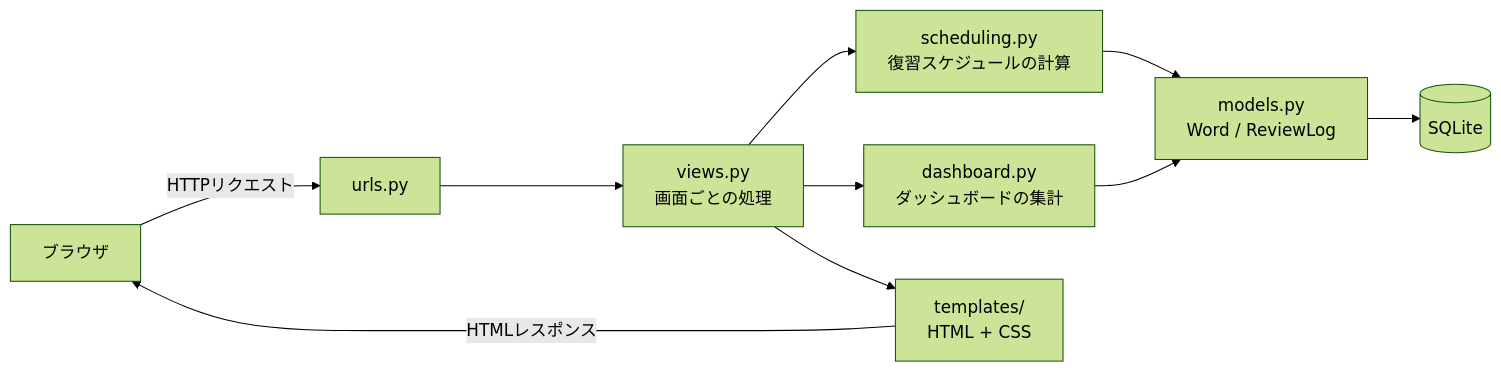
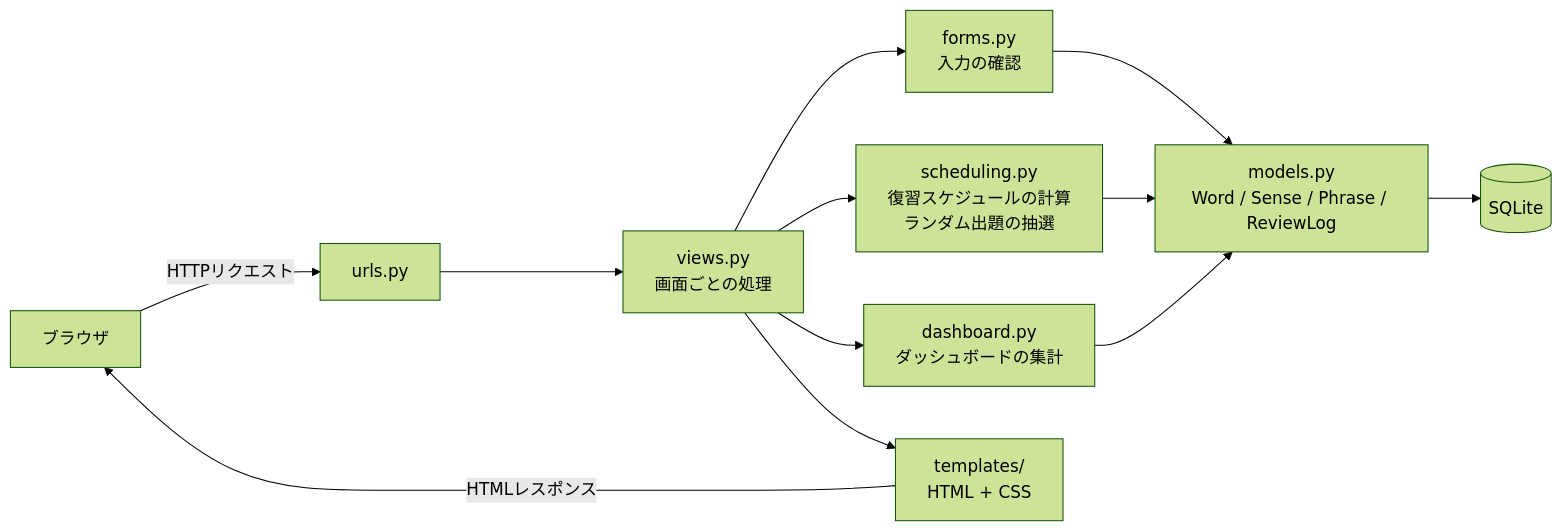
One commit to tenten-projects/toeic-review-app changed the first of 2 diagrams in README.md. Above: the diagram before and after it, drawn with Mermaid (forest theme). The commit also changed other lines of this file and 27 other files, not shown here.

````diff
--- a/README.md
+++ b/README.md
@@ -116,12 +142,14 @@
 ```mermaid
 flowchart LR
     Browser[ブラウザ] -->|HTTPリクエスト| URLs[urls.py]
     URLs --> Views[views.py<br>画面ごとの処理]
-    Views --> Scheduling[scheduling.py<br>復習スケジュールの計算]
+    Views --> Forms[forms.py<br>入力の確認]
+    Views --> Scheduling[scheduling.py<br>復習スケジュールの計算<br>ランダム出題の抽選]
     Views --> Dashboard[dashboard.py<br>ダッシュボードの集計]
-    Scheduling --> Models[models.py<br>Word / ReviewLog]
+    Forms --> Models[models.py<br>Word / Sense / Phrase / ReviewLog]
+    Scheduling --> Models
     Dashboard --> Models
     Models --> DB[(SQLite)]
     Views --> Templates[templates/<br>HTML + CSS]
     Templates -->|HTMLレスポンス| Browser
 ```
````
